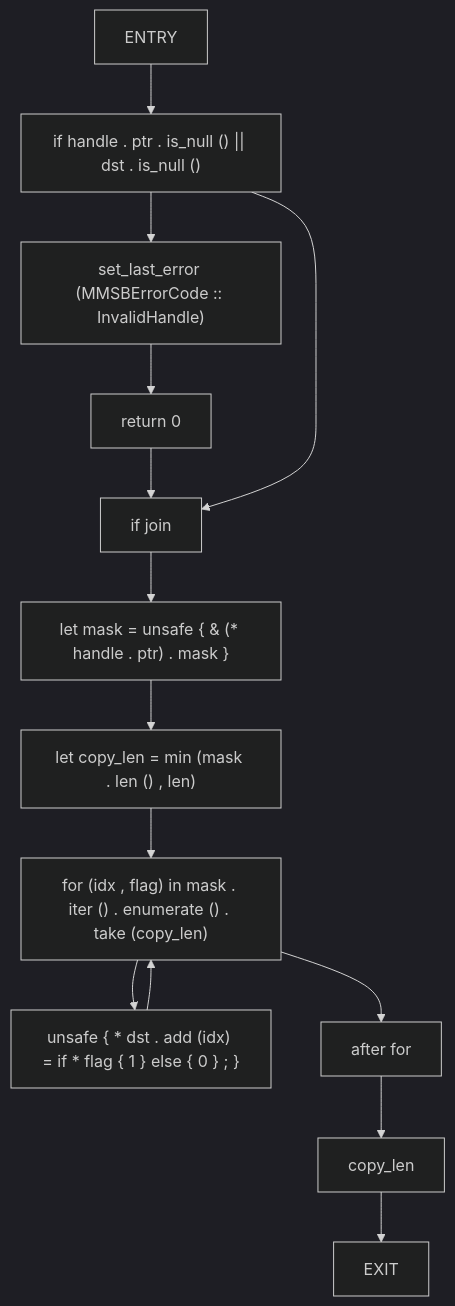
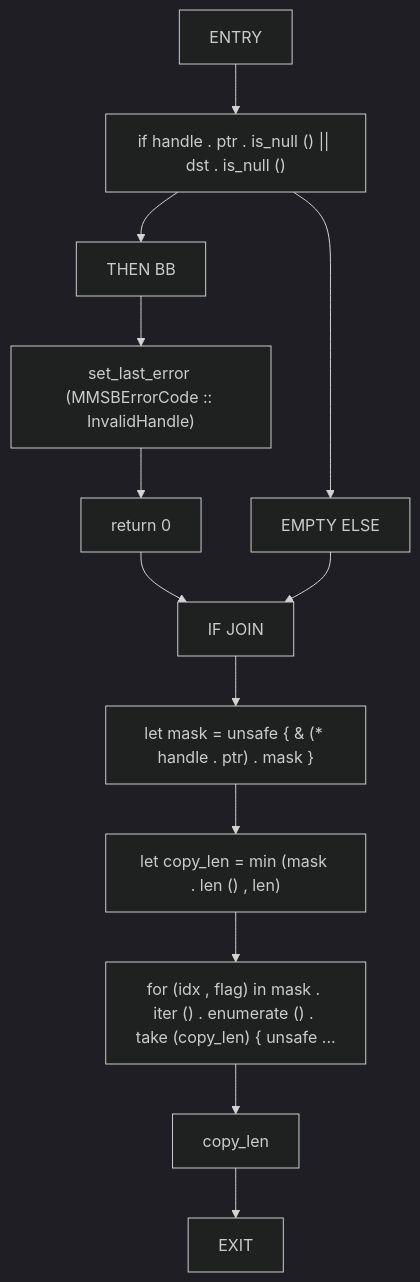
One commit to cicero-violate/MMSB changed diagram 16 of 56 in docs/analysis/cfg/080-src-ffi_rs.md. Above: the diagram before and after it, drawn with Mermaid (dark theme). The commit also changed other lines of this file and 865 other files, not shown here.

````diff
--- a/docs/analysis/cfg/080-src-ffi_rs.md
+++ b/docs/analysis/cfg/080-src-ffi_rs.md
@@ -561,28 +566,27 @@
 ```mermaid
 flowchart TD
     mmsb_delta_copy_mask_0["ENTRY"]
     mmsb_delta_copy_mask_1["if handle . ptr . is_null () || dst . is_null ()"]
-    mmsb_delta_copy_mask_2["set_last_error (MMSBErrorCode :: InvalidHandle)"]
-    mmsb_delta_copy_mask_3["return 0"]
-    mmsb_delta_copy_mask_4["if join"]
-    mmsb_delta_copy_mask_5["let mask = unsafe { & (* handle . ptr) . mask }"]
-    mmsb_delta_copy_mask_6["let copy_len = min (mask . len () , len)"]
-    mmsb_delta_copy_mask_7["for (idx , flag) in mask . iter () . enumerate () . take (copy_len)"]
-    mmsb_delta_copy_mask_8["unsafe { * dst . add (idx) = if * flag { 1 } else { 0 } ; }"]
-    mmsb_delta_copy_mask_9["after for"]
+    mmsb_delta_copy_mask_2["THEN BB"]
+    mmsb_delta_copy_mask_3["set_last_error (MMSBErrorCode :: InvalidHandle)"]
+    mmsb_delta_copy_mask_4["return 0"]
+    mmsb_delta_copy_mask_5["EMPTY ELSE"]
+    mmsb_delta_copy_mask_6["IF JOIN"]
+    mmsb_delta_copy_mask_7["let mask = unsafe { & (* handle . ptr) . mask }"]
+    mmsb_delta_copy_mask_8["let copy_len = min (mask . len () , len)"]
+    mmsb_delta_copy_mask_9["for (idx , flag) in mask . iter () . enumerate () . take (copy_len) { unsafe ..."]
     mmsb_delta_copy_mask_10["copy_len"]
     mmsb_delta_copy_mask_11["EXIT"]
     mmsb_delta_copy_mask_0 --> mmsb_delta_copy_mask_1
     mmsb_delta_copy_mask_1 --> mmsb_delta_copy_mask_2
     mmsb_delta_copy_mask_2 --> mmsb_delta_copy_mask_3
     mmsb_delta_copy_mask_3 --> mmsb_delta_copy_mask_4
-    mmsb_delta_copy_mask_1 --> mmsb_delta_copy_mask_4
-    mmsb_delta_copy_mask_4 --> mmsb_delta_copy_mask_5
+    mmsb_delta_copy_mask_1 --> mmsb_delta_copy_mask_5
+    mmsb_delta_copy_mask_4 --> mmsb_delta_copy_mask_6
     mmsb_delta_copy_mask_5 --> mmsb_delta_copy_mask_6
     mmsb_delta_copy_mask_6 --> mmsb_delta_copy_mask_7
     mmsb_delta_copy_mask_7 --> mmsb_delta_copy_mask_8
-    mmsb_delta_copy_mask_8 --> mmsb_delta_copy_mask_7
-    mmsb_delta_copy_mask_7 --> mmsb_delta_copy_mask_9
+    mmsb_delta_copy_mask_8 --> mmsb_delta_copy_mask_9
     mmsb_delta_copy_mask_9 --> mmsb_delta_copy_mask_10
     mmsb_delta_copy_mask_10 --> mmsb_delta_copy_mask_11
 ```
````
